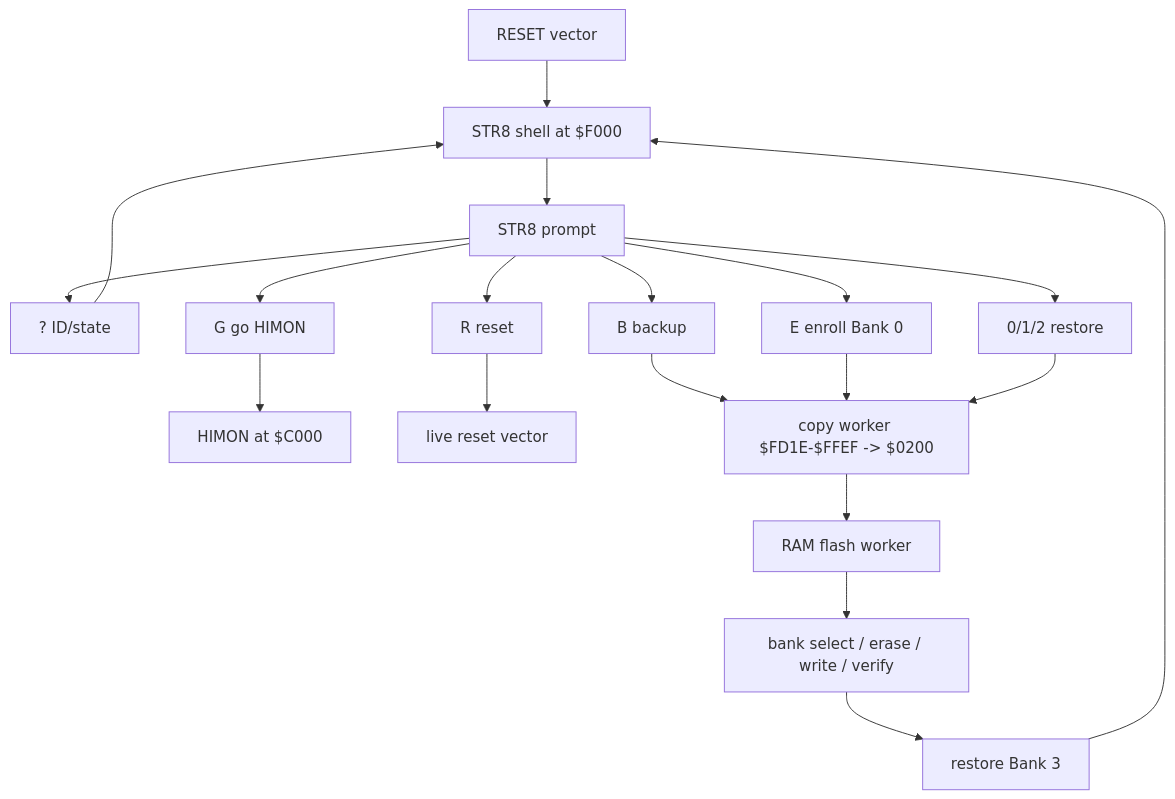
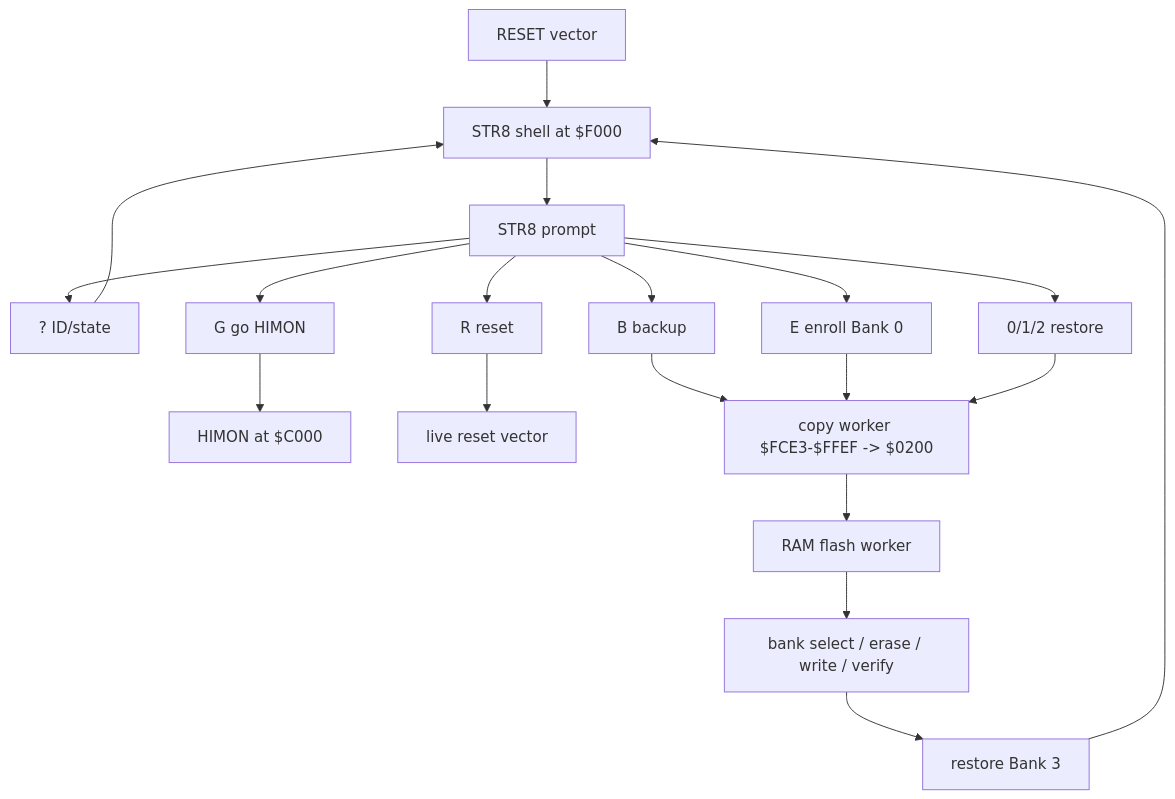
Before and after one commit to 95westus/R-YORS: the second of 3 diagrams in DOC/GUIDES/STR8/STR8.md, drawn with Mermaid. The commit also changed other lines of this file and 49 other files, not shown here.

````diff
--- a/DOC/GUIDES/STR8/STR8.md
+++ b/DOC/GUIDES/STR8/STR8.md
@@ -604,25 +606,25 @@
 ```mermaid
 flowchart TD
     RESET[RESET vector] --> STR8[STR8 shell at $F000]
     STR8 --> PROMPT[STR8 prompt]
 
     PROMPT --> Q[? ID/state]
     PROMPT --> B[B backup]
     PROMPT --> E[E enroll Bank 0]
     PROMPT --> RST[0/1/2 restore]
     PROMPT --> G[G go HIMON]
     PROMPT --> R[R reset]
 
     G --> HIMON[HIMON at $C000]
     R --> RESETV[live reset vector]
 
-    B --> COPY[copy worker $FD1E-$FFEF -> $0200]
+    B --> COPY[copy worker $FCE3-$FFEF -> $0200]
     E --> COPY
     RST --> COPY
     COPY --> WORKER[RAM flash worker]
     WORKER --> FLASH[bank select / erase / write / verify]
     FLASH --> BANK3[restore Bank 3]
     BANK3 --> STR8
 
     Q --> STR8
 ```
````
